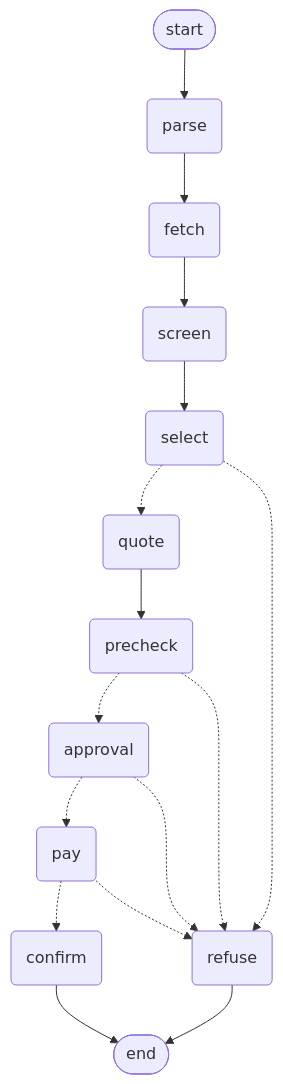
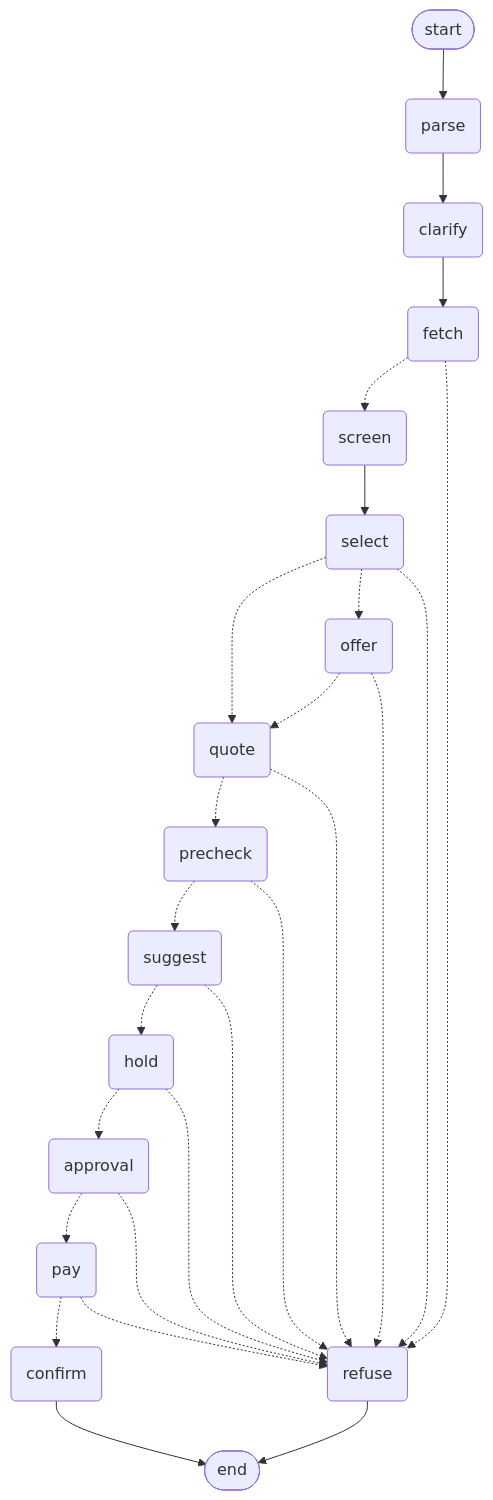
One commit to as-45/Razorpay_hackathon changed the second of 2 diagrams in ARCHITECTURE.md. Above: the diagram before and after it, drawn with Mermaid. The commit also changed other lines of this file and 11 other files, not shown here.

````diff
--- a/ARCHITECTURE.md
+++ b/ARCHITECTURE.md
@@ -52,30 +64,44 @@
 ```mermaid
 graph TD;
     start([start]);
     parse(parse);
+    clarify(clarify);
     fetch(fetch);
     screen(screen);
     select(select);
+    offer(offer);
     quote(quote);
     precheck(precheck);
+    suggest(suggest);
+    hold(hold);
     approval(approval);
     pay(pay);
     confirm(confirm);
     refuse(refuse);
     finish([end]);
     start --> parse;
-    parse --> fetch;
-    fetch --> screen;
+    parse --> clarify;
+    clarify --> fetch;
+    fetch -.-> screen;
+    fetch -.-> refuse;
     screen --> select;
     select -.-> quote;
+    select -.-> offer;
     select -.-> refuse;
-    quote --> precheck;
-    precheck -.-> approval;
+    offer -.-> quote;
+    offer -.-> refuse;
+    quote -.-> precheck;
+    quote -.-> refuse;
+    precheck -.-> suggest;
     precheck -.-> refuse;
+    suggest -.-> hold;
+    suggest -.-> refuse;
+    hold -.-> approval;
+    hold -.-> refuse;
     approval -.-> pay;
     approval -.-> refuse;
     pay -.-> confirm;
     pay -.-> refuse;
     confirm --> finish;
     refuse --> finish;
 ```
````
